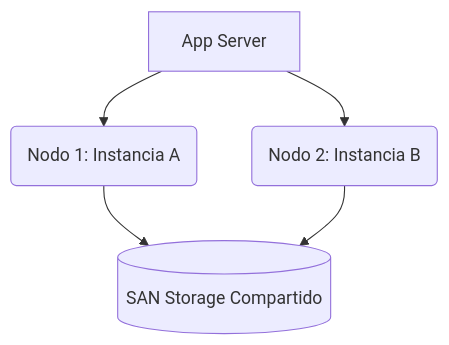
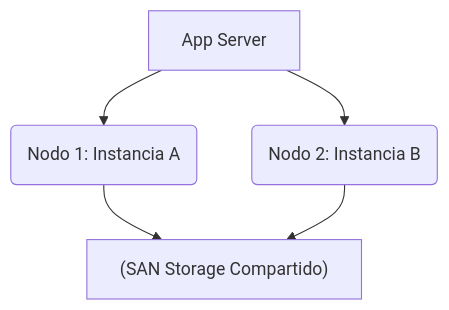
Before and after one commit to gjpierp/nmergeia: the first of 3 diagrams in public/docs/zh/oracle_experto.md, drawn with Mermaid. The commit also changed other lines of this file and 519 other files, not shown here.

Commit message:
fix(mermaid): entrecomillar nombres de subgrafos y nodos con caracteres especiales para renderizado perfecto de todos los diagramas

````diff
--- a/public/docs/zh/oracle_experto.md
+++ b/public/docs/zh/oracle_experto.md
@@ -8,7 +8,7 @@
 ```mermaid
 flowchart TD
-    A[App Server] --> B(Nodo 1: Instancia A)
-    A --> C(Nodo 2: Instancia B)
-    B --> D[(SAN Storage Compartido)]
-    C --> D
+A["App Server"] --> B(Nodo 1: Instancia A)
+A --> C(Nodo 2: Instancia B)
+B --> D["(SAN Storage Compartido)"]
+C --> D
 ```
````
